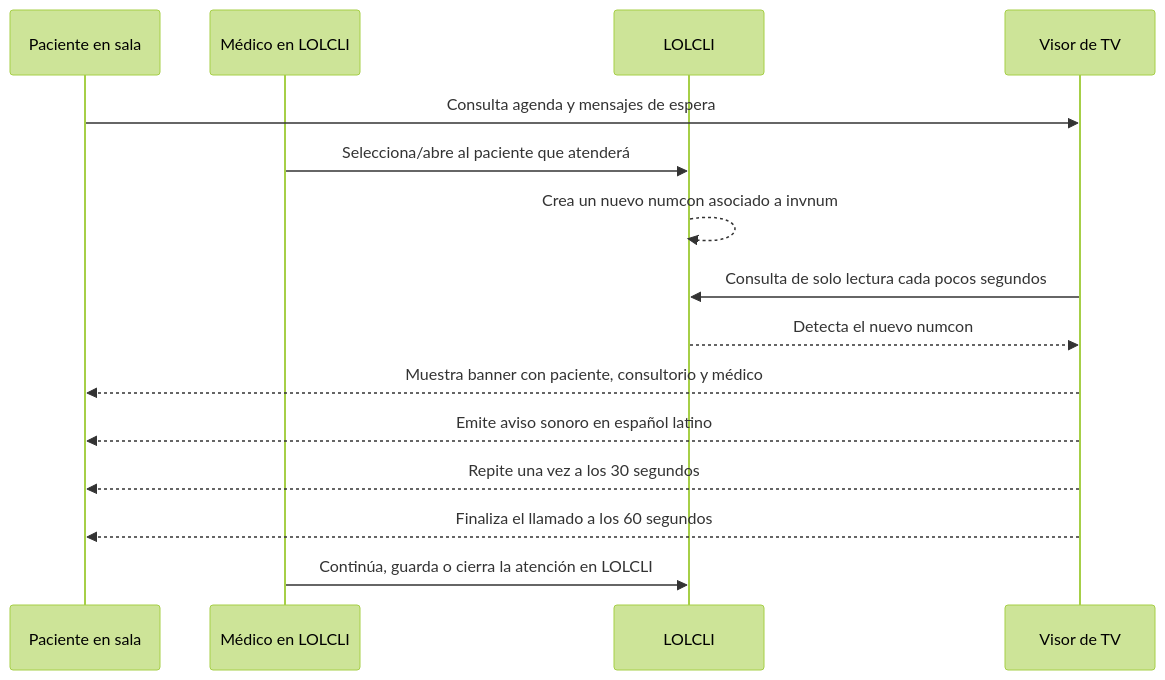
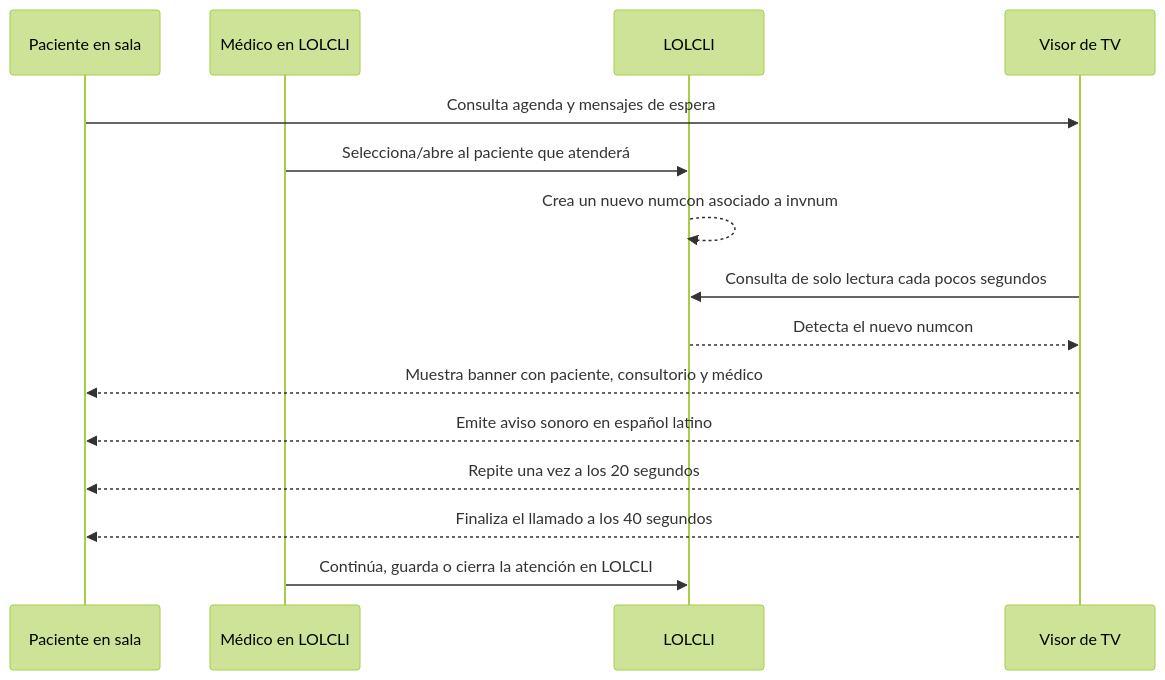
One commit to RDaniloMM/visor-turnos-spcc changed the diagram in docs/guia-exposicion-visor-turnos.md. Above: the diagram before and after it, drawn with Mermaid (forest theme). The commit also changed other lines of this file and 30 other files, not shown here.

````diff
--- a/docs/guia-exposicion-visor-turnos.md
+++ b/docs/guia-exposicion-visor-turnos.md
@@ -21,18 +21,18 @@
 ```mermaid
 sequenceDiagram
     participant P as Paciente en sala
     participant M as Médico en LOLCLI
     participant L as LOLCLI
     participant V as Visor de TV
 
     P->>V: Consulta agenda y mensajes de espera
     M->>L: Selecciona/abre al paciente que atenderá
     L-->>L: Crea un nuevo numcon asociado a invnum
     V->>L: Consulta de solo lectura cada pocos segundos
     L-->>V: Detecta el nuevo numcon
     V-->>P: Muestra banner con paciente, consultorio y médico
     V-->>P: Emite aviso sonoro en español latino
-    V-->>P: Repite una vez a los 30 segundos
-    V-->>P: Finaliza el llamado a los 60 segundos
+    V-->>P: Repite una vez a los 20 segundos
+    V-->>P: Finaliza el llamado a los 40 segundos
     M->>L: Continúa, guarda o cierra la atención en LOLCLI
 ```
````
